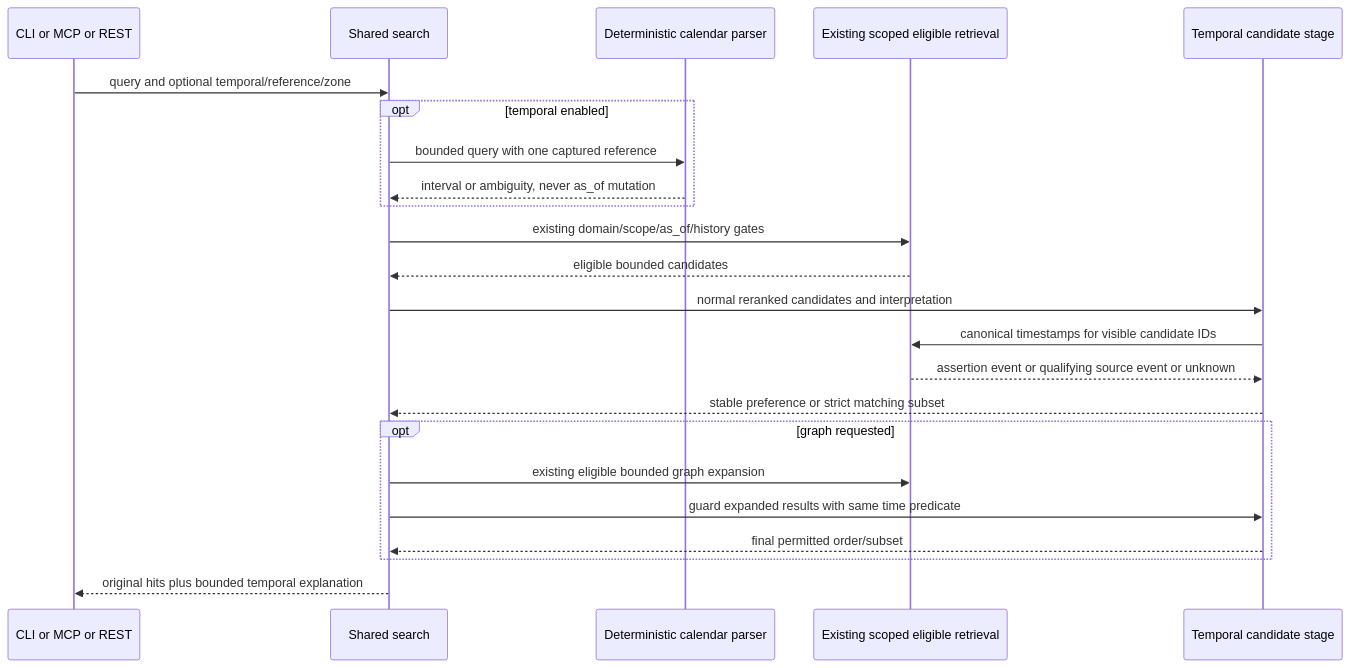
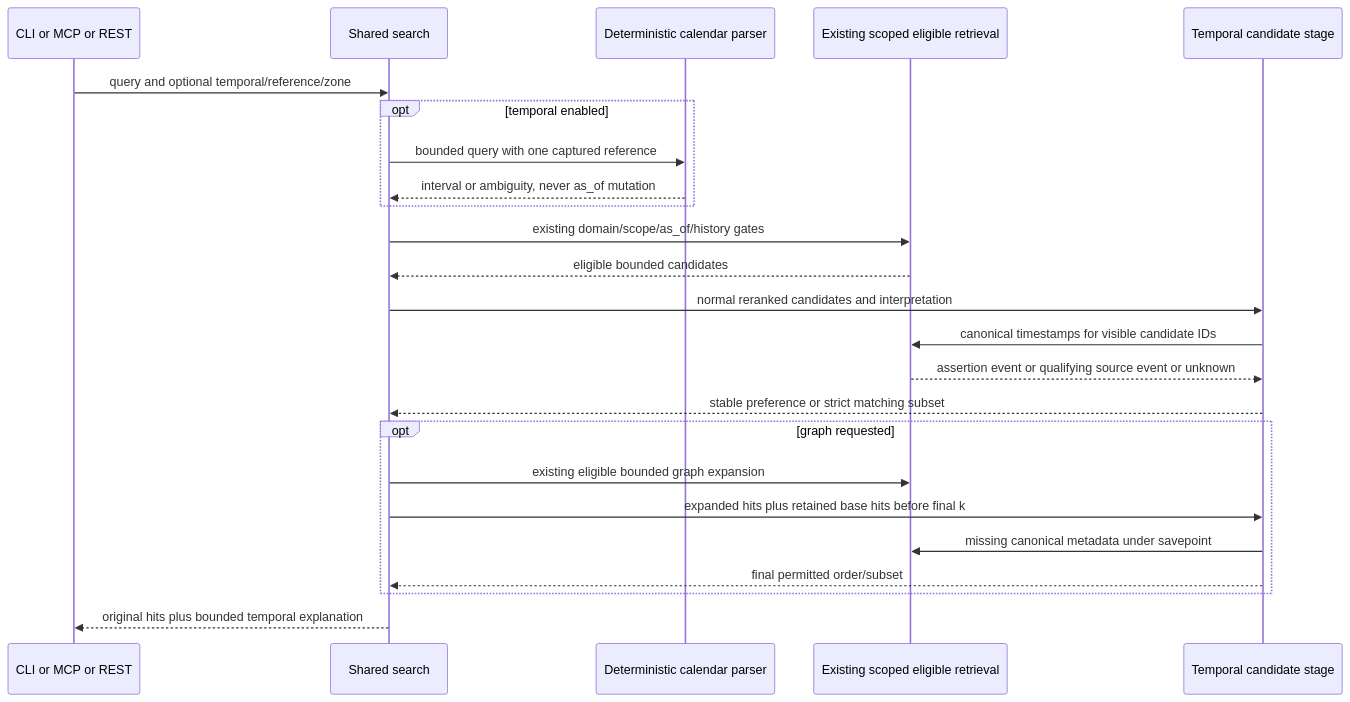
The diagram in docs/uml/temporal-query-64.md (phense/agentic-rag), drawn with Mermaid before and after one commit. The commit also changed other lines of this file and 9 other files, not shown here.

Commit message:
fix(temporal): preserve authority and matches across upgrade and graph limits

````diff
--- a/docs/uml/temporal-query-64.md
+++ b/docs/uml/temporal-query-64.md
@@ -5,25 +5,26 @@
 ```mermaid
 sequenceDiagram
     participant Client as CLI or MCP or REST
     participant Search as Shared search
     participant Time as Deterministic calendar parser
     participant Store as Existing scoped eligible retrieval
     participant Rank as Temporal candidate stage
     Client->>Search: query and optional temporal/reference/zone
     opt temporal enabled
         Search->>Time: bounded query with one captured reference
         Time-->>Search: interval or ambiguity, never as_of mutation
     end
     Search->>Store: existing domain/scope/as_of/history gates
     Store-->>Search: eligible bounded candidates
     Search->>Rank: normal reranked candidates and interpretation
     Rank->>Store: canonical timestamps for visible candidate IDs
     Store-->>Rank: assertion event or qualifying source event or unknown
     Rank-->>Search: stable preference or strict matching subset
     opt graph requested
         Search->>Store: existing eligible bounded graph expansion
-        Search->>Rank: guard expanded results with same time predicate
+        Search->>Rank: expanded hits plus retained base hits before final k
+        Rank->>Store: missing canonical metadata under savepoint
         Rank-->>Search: final permitted order/subset
     end
     Search-->>Client: original hits plus bounded temporal explanation
 ```
````
